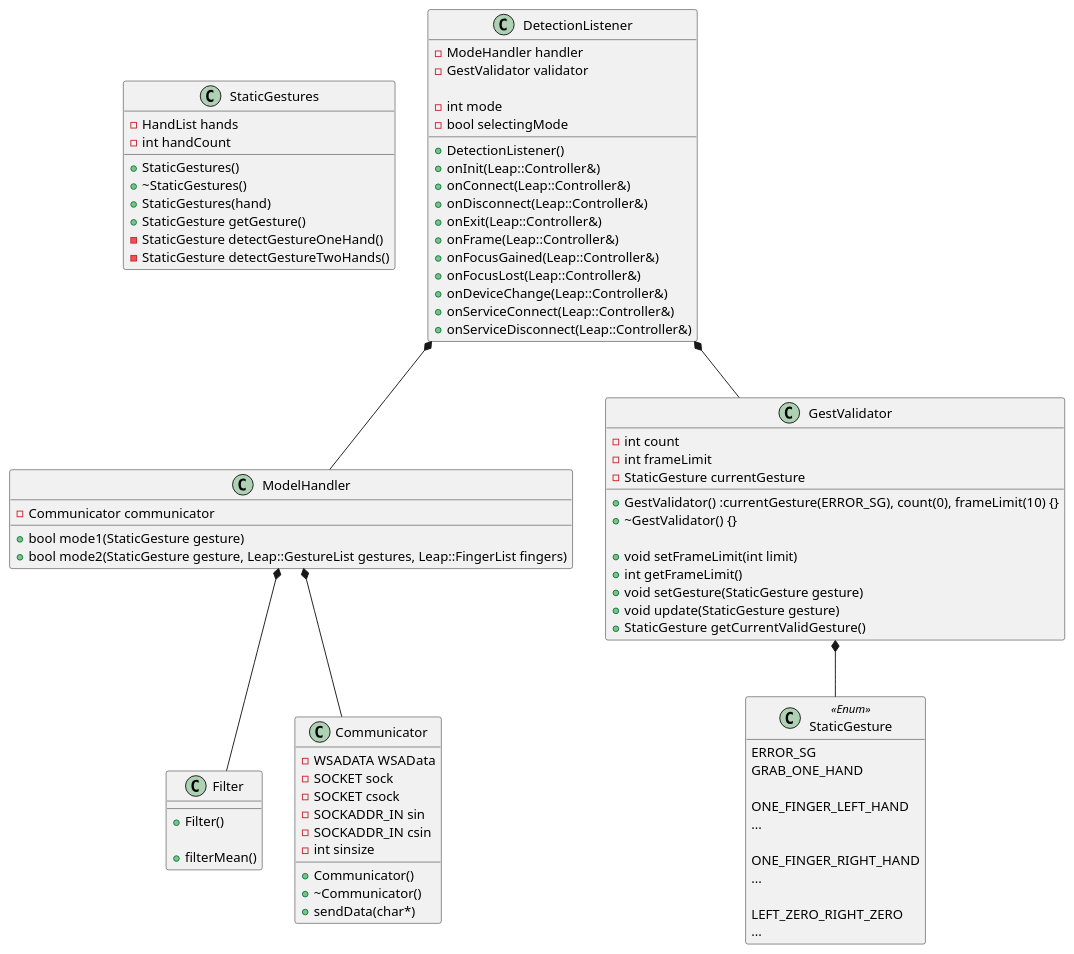
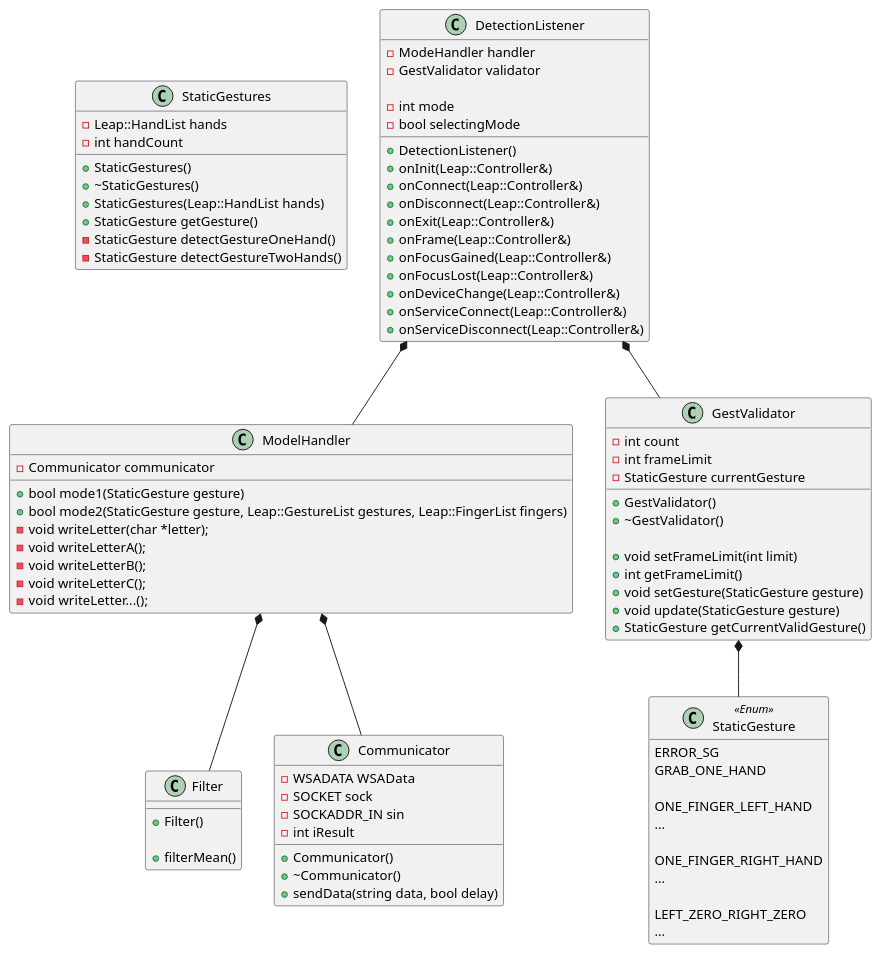
Before and after one commit to BenjaminDeguerre/GroupProjectLeap: the diagram in uml/classDiagram.PlantUML, drawn with PlantUML. The commit also changed 5 other files, not shown here.

```diff
--- a/uml/classDiagram.PlantUML
+++ b/uml/classDiagram.PlantUML
@@ -1,98 +1,101 @@
 @startuml
 
 class StaticGestures {
   +StaticGestures()
   +~StaticGestures()
-  +StaticGestures(hand)
+  +StaticGestures(Leap::HandList hands)
   +StaticGesture getGesture()
   -StaticGesture detectGestureOneHand()
   -StaticGesture detectGestureTwoHands()
 
 
-  -HandList hands
+  -Leap::HandList hands
   -int handCount
 }
 
 class StaticGesture <<Enum>> {
   ERROR_SG
   GRAB_ONE_HAND
 
   ONE_FINGER_LEFT_HAND
   ...
 
   ONE_FINGER_RIGHT_HAND
   ...
 
   LEFT_ZERO_RIGHT_ZERO
   ...
 }
 
 class Filter {
   +Filter()
 
   +filterMean()
 }
 
 class DetectionListener {
   +DetectionListener()
   +onInit(Leap::Controller&)
   +onConnect(Leap::Controller&)
   +onDisconnect(Leap::Controller&)
   +onExit(Leap::Controller&)
 	+onFrame(Leap::Controller&)
 	+onFocusGained(Leap::Controller&)
 	+onFocusLost(Leap::Controller&)
 	+onDeviceChange(Leap::Controller&)
 	+onServiceConnect(Leap::Controller&)
 	+onServiceDisconnect(Leap::Controller&)
 
   -ModeHandler handler
   -GestValidator validator
 
   -int mode
   -bool selectingMode
 }
 
 class ModelHandler {
   +bool mode1(StaticGesture gesture)
   +bool mode2(StaticGesture gesture, Leap::GestureList gestures, Leap::FingerList fingers)
+  -void writeLetter(char *letter);
+	-void writeLetterA();
+	-void writeLetterB();
+	-void writeLetterC();
+  -void writeLetter...();
 
   -Communicator communicator
 }
 
 class Communicator {
   -WSADATA WSAData
   -SOCKET sock
-  -SOCKET csock
   -SOCKADDR_IN sin
-  -SOCKADDR_IN csin
-  -int sinsize
+  -int iResult
 
   +Communicator()
   +~Communicator()
-  +sendData(char*)
+  +sendData(string data, bool delay)
 }
 
 class GestValidator {
-  +GestValidator() :currentGesture(ERROR_SG), count(0), frameLimit(10) {}
-	+~GestValidator() {}
+  +GestValidator()
+	+~GestValidator()
 
 	+void setFrameLimit(int limit)
 	+int getFrameLimit()
 	+void setGesture(StaticGesture gesture)
   +void update(StaticGesture gesture)
   +StaticGesture getCurrentValidGesture()
 
   -int count
   -int frameLimit
   -StaticGesture currentGesture
 }
 
 ModelHandler *-- Communicator
 ModelHandler *-- Filter
 DetectionListener *-- ModelHandler
 DetectionListener *-- GestValidator
 GestValidator *-- StaticGesture
 
 hide StaticGesture methods
 @enduml
```
